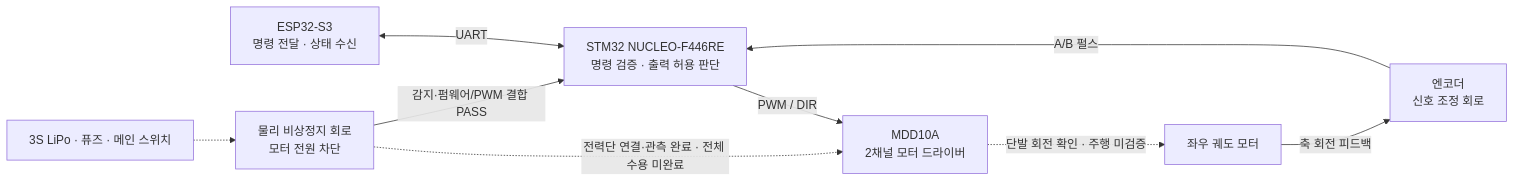
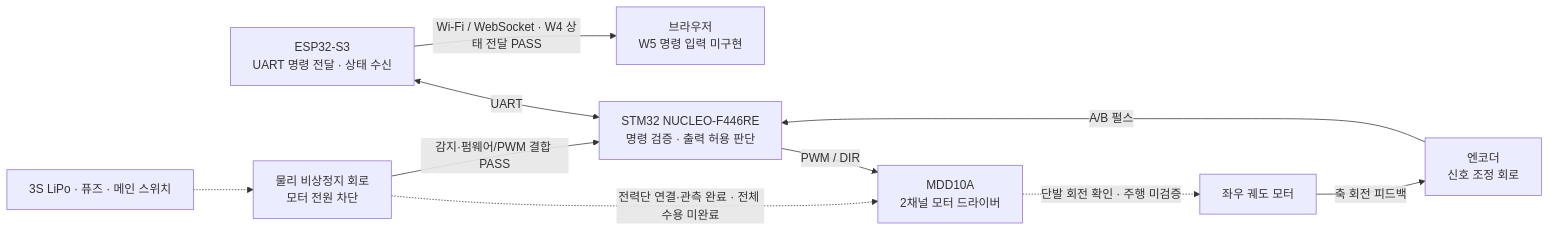
One commit to pr0ved99/TIL changed the diagram in Projects/Tracked_Mobile_Robot/README.md. Above: the diagram before and after it, drawn with Mermaid. The commit also changed other lines of this file and 158 other files, not shown here.

````diff
--- a/Projects/Tracked_Mobile_Robot/README.md
+++ b/Projects/Tracked_Mobile_Robot/README.md
@@ -41,11 +43,12 @@
 ```mermaid
 flowchart LR
-    ESP["ESP32-S3<br/>명령 전달 · 상태 수신"] <-->|UART| STM["STM32 NUCLEO-F446RE<br/>명령 검증 · 출력 허용 판단"]
+    ESP["ESP32-S3<br/>UART 명령 전달 · 상태 수신"] <-->|UART| STM["STM32 NUCLEO-F446RE<br/>명령 검증 · 출력 허용 판단"]
+    ESP -->|Wi-Fi / WebSocket · W4 상태 전달 PASS| WEB["브라우저<br/>W5 명령 입력 미구현"]
     STM -->|PWM / DIR| DRIVER["MDD10A<br/>2채널 모터 드라이버"]
     DRIVER -.->|단발 회전 확인 · 주행 미검증| MOTOR["좌우 궤도 모터"]
     MOTOR -->|축 회전 피드백| ENC["엔코더<br/>신호 조정 회로"]
     ENC -->|A/B 펄스| STM
     BAT["3S LiPo · 퓨즈 · 메인 스위치"] -.-> STOP["물리 비상정지 회로<br/>모터 전원 차단"]
     STOP -.->|전력단 연결·관측 완료 · 전체 수용 미완료| DRIVER
     STOP -->|감지·펌웨어/PWM 결합 PASS| STM
 ```
````
